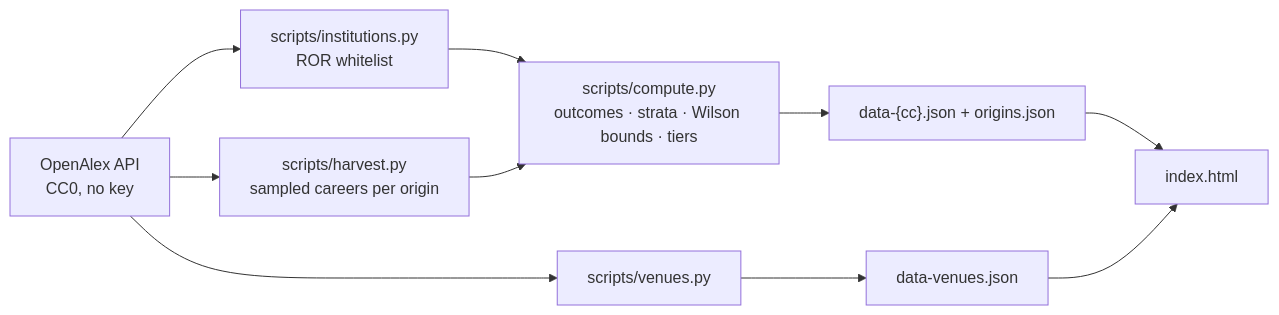
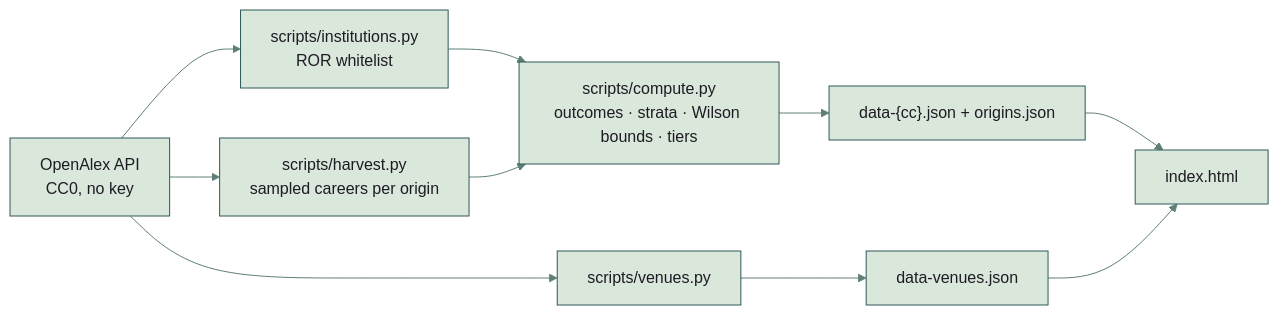
The diagram in README.md (NickkkLian/Scholar-Outflow-Lab), drawn with Mermaid before and after one commit.

Commit message:
README: the diagram in the project's colours
The mermaid diagram starts with an init line that sets the palette of
the project pages: sage nodes with deep green edges, rose edge labels.
The diagram itself is unchanged.

````diff
--- a/README.md
+++ b/README.md
@@ -62,11 +62,12 @@
 ```mermaid
+%%{init: {"theme": "base", "themeVariables": {"darkMode": false, "fontFamily": "Inter, BlinkMacSystemFont, Segoe UI, Helvetica Neue, Helvetica, Arial", "primaryColor": "#dae7db", "mainBkg": "#dae7db", "primaryTextColor": "#1d1b24", "nodeTextColor": "#1d1b24", "textColor": "#1d1b24", "primaryBorderColor": "#2f5859", "nodeBorder": "#2f5859", "secondaryColor": "#fae8eb", "tertiaryColor": "#f7e9e8", "lineColor": "#5f7f76", "arrowheadColor": "#5f7f76", "defaultLinkColor": "#5f7f76", "edgeLabelBackground": "#fae8eb", "clusterBkg": "#f7e9e8", "clusterBorder": "#a8707a", "titleColor": "#7d2d44"}}}%%
 flowchart LR
   OA["OpenAlex API<br/>CC0, no key"] --> INST["scripts/institutions.py<br/>ROR whitelist"]
   OA --> HARV["scripts/harvest.py<br/>sampled careers per origin"]
   INST --> COMP["scripts/compute.py<br/>outcomes · strata · Wilson bounds · tiers"]
   HARV --> COMP
   COMP --> DATA["data-{cc}.json + origins.json"]
   OA --> VEN["scripts/venues.py"] --> VJ["data-venues.json"]
   DATA --> PAGE["index.html"]
   VJ --> PAGE
 ```
````
